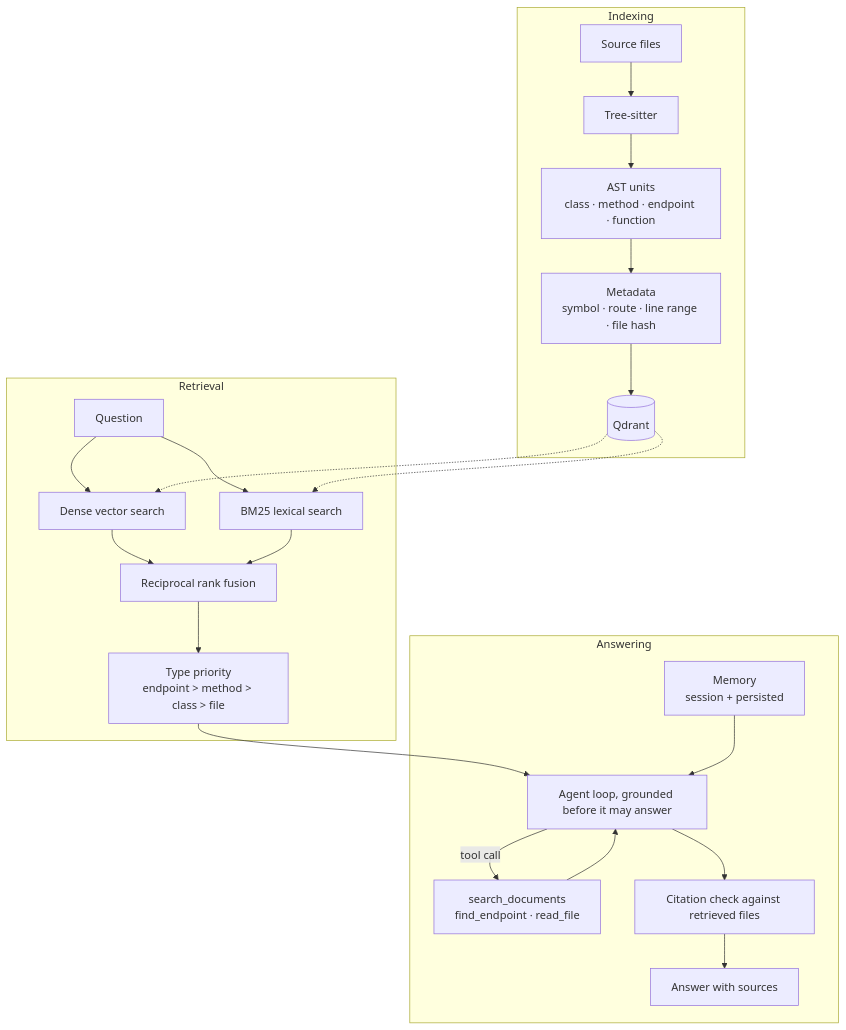
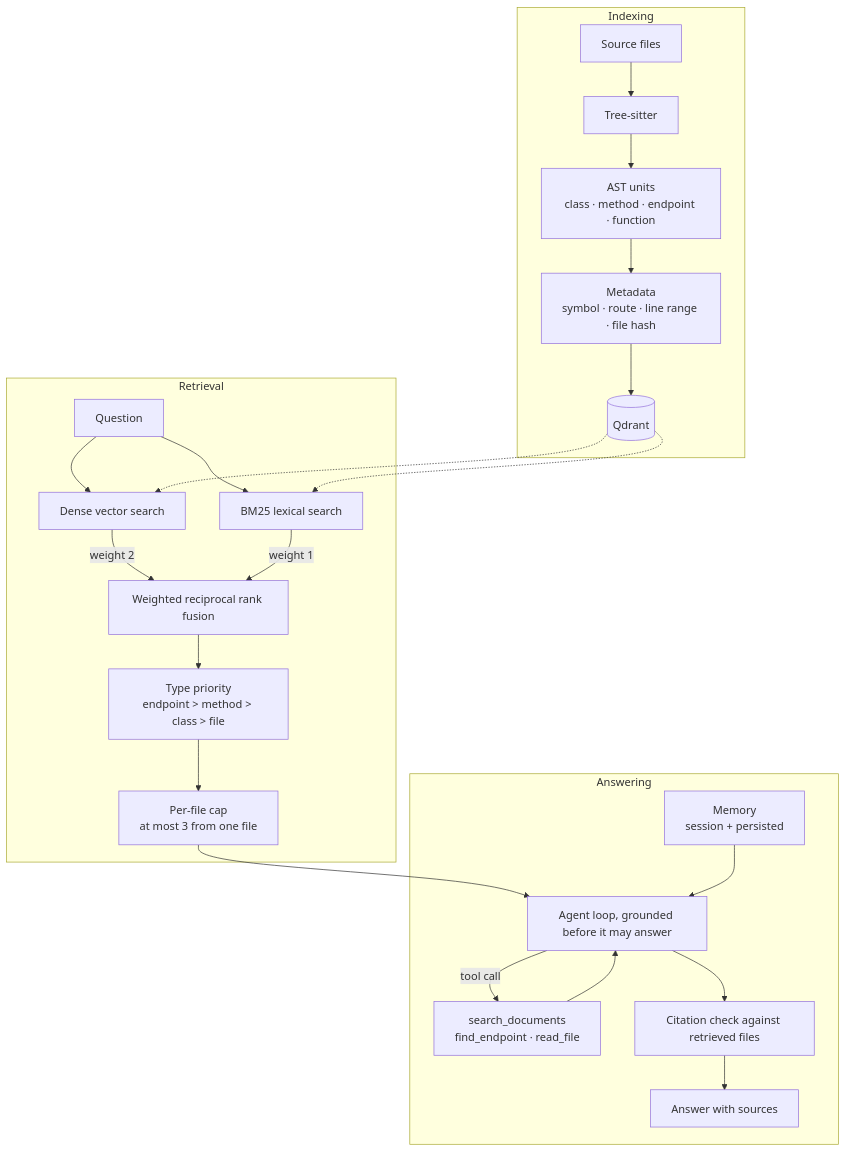
Before and after one commit to ShubhJ46/local-ai-agent: the diagram in README.md, drawn with Mermaid. The commit also changed other lines of this file and 3 other files, not shown here.

````diff
--- a/README.md
+++ b/README.md
@@ -111,28 +134,29 @@
 ```mermaid
 flowchart TD
     subgraph Indexing
         A[Source files] --> B[Tree-sitter]
         B --> C["AST units<br/>class · method · endpoint · function"]
         C --> D["Metadata<br/>symbol · route · line range · file hash"]
         D --> E[(Qdrant)]
     end
 
     subgraph Retrieval
         Q[Question] --> V[Dense vector search]
         Q --> L[BM25 lexical search]
         E -.-> V
         E -.-> L
-        V --> F[Reciprocal rank fusion]
-        L --> F
+        V -->|weight 2| F[Weighted reciprocal rank fusion]
+        L -->|weight 1| F
         F --> P["Type priority<br/>endpoint &gt; method &gt; class &gt; file"]
+        P --> DV["Per-file cap<br/>at most 3 from one file"]
     end
 
     subgraph Answering
-        P --> G[Agent loop, grounded before it may answer]
+        DV --> G[Agent loop, grounded before it may answer]
         M["Memory<br/>session + persisted"] --> G
         G -->|tool call| T["search_documents<br/>find_endpoint · read_file"]
         T --> G
         G --> CV[Citation check against retrieved files]
         CV --> ANS[Answer with sources]
     end
 ```
````
